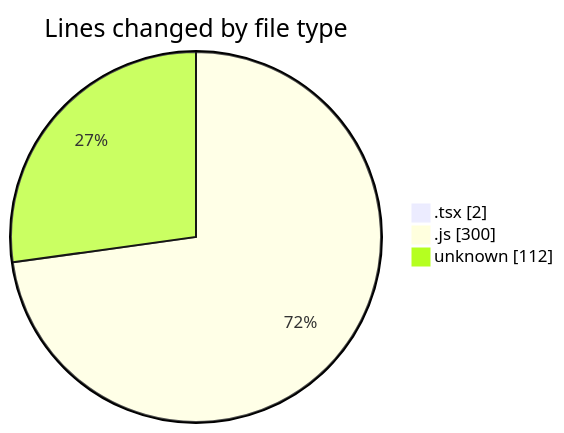
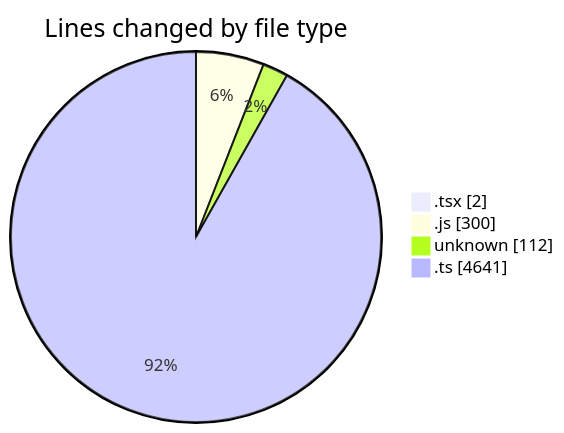
One commit to momahboobian/code-tracking changed the first of 2 diagrams in 2026-05-06/cda/README.md. Above: the diagram before and after it, drawn with Mermaid. The commit also changed other lines of this file and 1 other file, not shown here.

````diff
--- a/2026-05-06/cda/README.md
+++ b/2026-05-06/cda/README.md
@@ -24,7 +27,8 @@
 ```mermaid
 pie showData
 title Lines changed by file type
 ".tsx" : 2
 ".js" : 300
 "unknown" : 112
+".ts" : 4641
 ```
````
